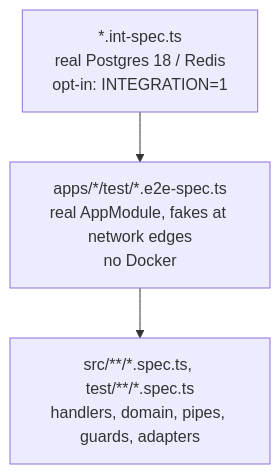
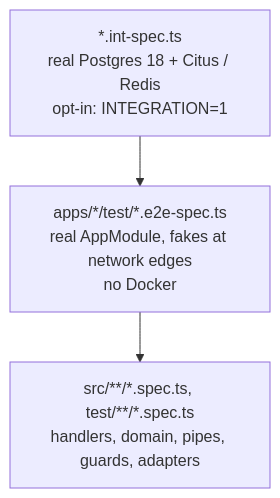
Before and after one commit to alonecandies/nestjs-boilerplate: the diagram in docs/TESTING.md, drawn with Mermaid. The commit also changed other lines of this file and 14 other files, not shown here.

First line of the commit message:
test(testing,database,identity,billing): add startTestPostgres and run int specs on Citus

````diff
--- a/docs/TESTING.md
+++ b/docs/TESTING.md
@@ -14,7 +14,7 @@
 ```mermaid
 flowchart TB
-  int["*.int-spec.ts<br/>real Postgres 18 / Redis<br/>opt-in: INTEGRATION=1"]
+  int["*.int-spec.ts<br/>real Postgres 18 + Citus / Redis<br/>opt-in: INTEGRATION=1"]
   e2e["apps/*/test/*.e2e-spec.ts<br/>real AppModule, fakes at network edges<br/>no Docker"]
   unit["src/**/*.spec.ts, test/**/*.spec.ts<br/>handlers, domain, pipes, guards, adapters"]
   int --> e2e --> unit
 ```
````
